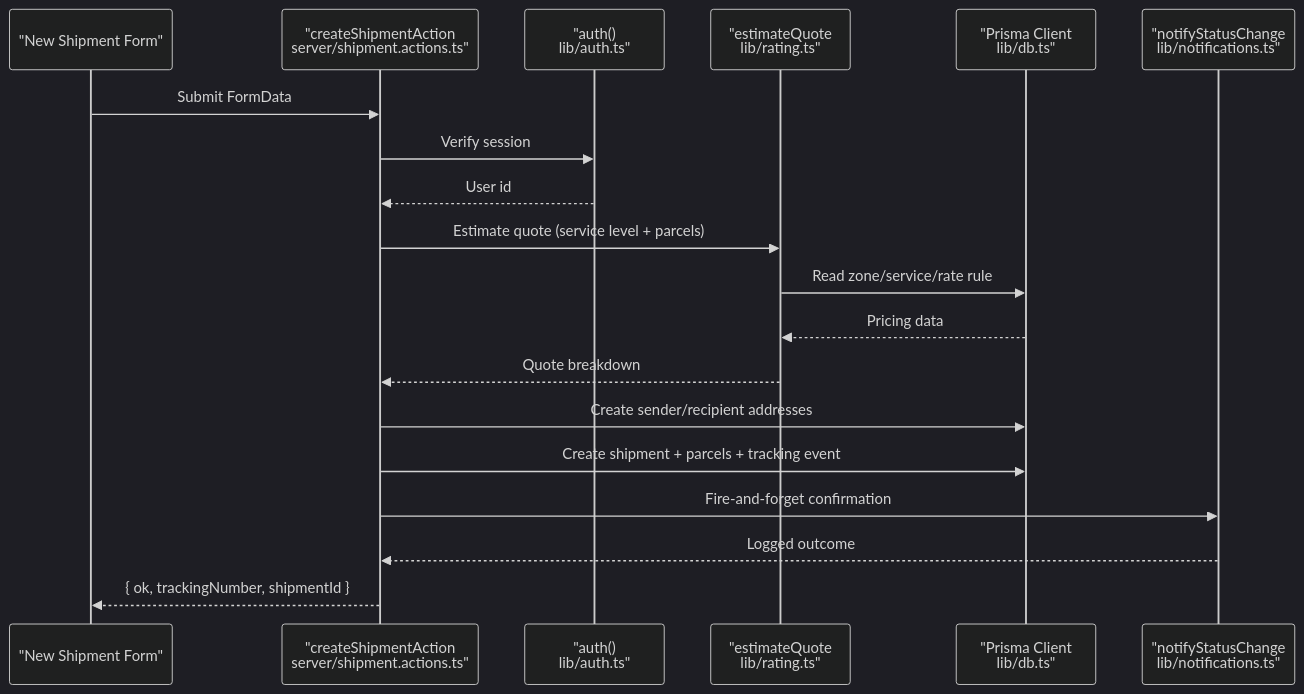
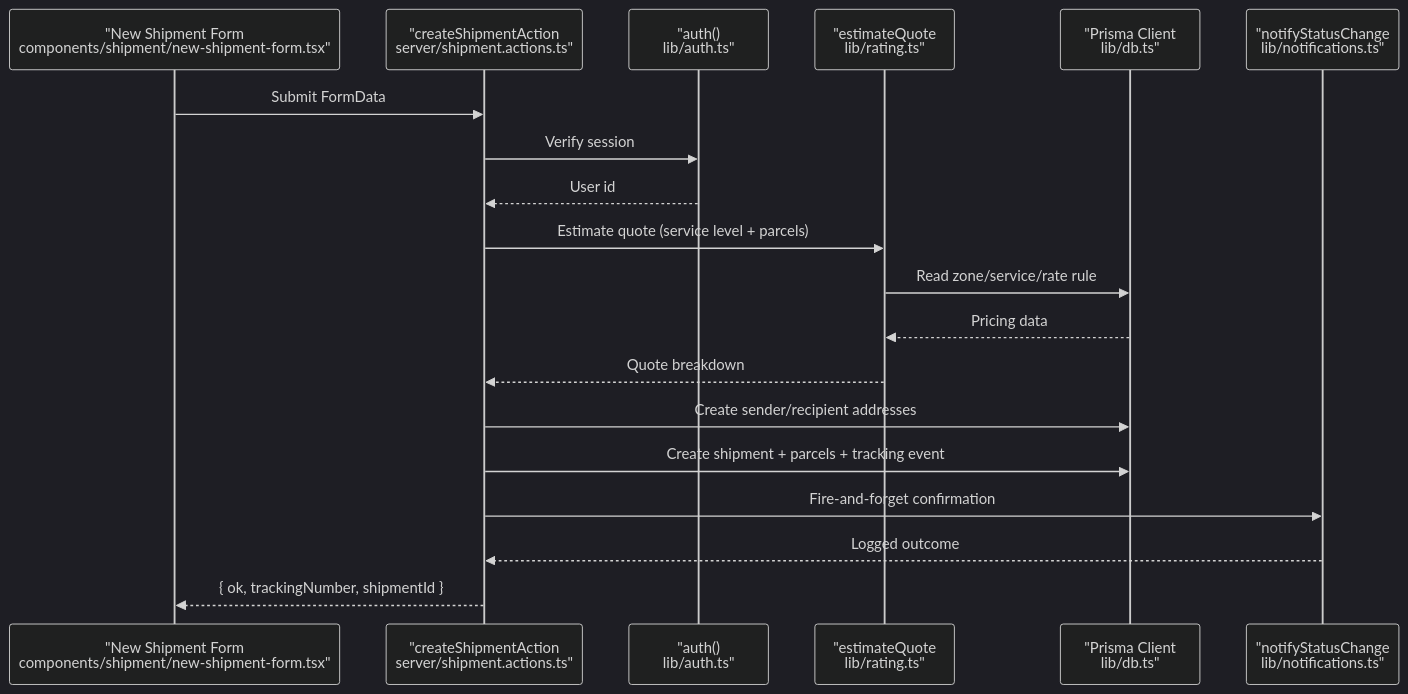
The fourth of 9 diagrams in .qoder/repowiki/en/content/Architecture Overview.md (gyamposudodzi/Timberland), drawn with Mermaid (dark theme) before and after one commit. The commit also changed other lines of this file and 87 other files, not shown here.

````diff
--- a/.qoder/repowiki/en/content/Architecture Overview.md
+++ b/.qoder/repowiki/en/content/Architecture Overview.md
@@ -217,21 +235,21 @@
 ```mermaid
 sequenceDiagram
-participant UI as "New Shipment Form"
+participant UI as "New Shipment Form<br/>components/shipment/new-shipment-form.tsx"
 participant Action as "createShipmentAction<br/>server/shipment.actions.ts"
 participant Auth as "auth()<br/>lib/auth.ts"
 participant Rating as "estimateQuote<br/>lib/rating.ts"
 participant DB as "Prisma Client<br/>lib/db.ts"
 participant Notif as "notifyStatusChange<br/>lib/notifications.ts"
 UI->>Action : Submit FormData
 Action->>Auth : Verify session
 Auth-->>Action : User id
 Action->>Rating : Estimate quote (service level + parcels)
 Rating->>DB : Read zone/service/rate rule
 DB-->>Rating : Pricing data
 Rating-->>Action : Quote breakdown
 Action->>DB : Create sender/recipient addresses
 Action->>DB : Create shipment + parcels + tracking event
 Action->>Notif : Fire-and-forget confirmation
 Notif-->>Action : Logged outcome
 Action-->>UI : { ok, trackingNumber, shipmentId }
 ```
````
